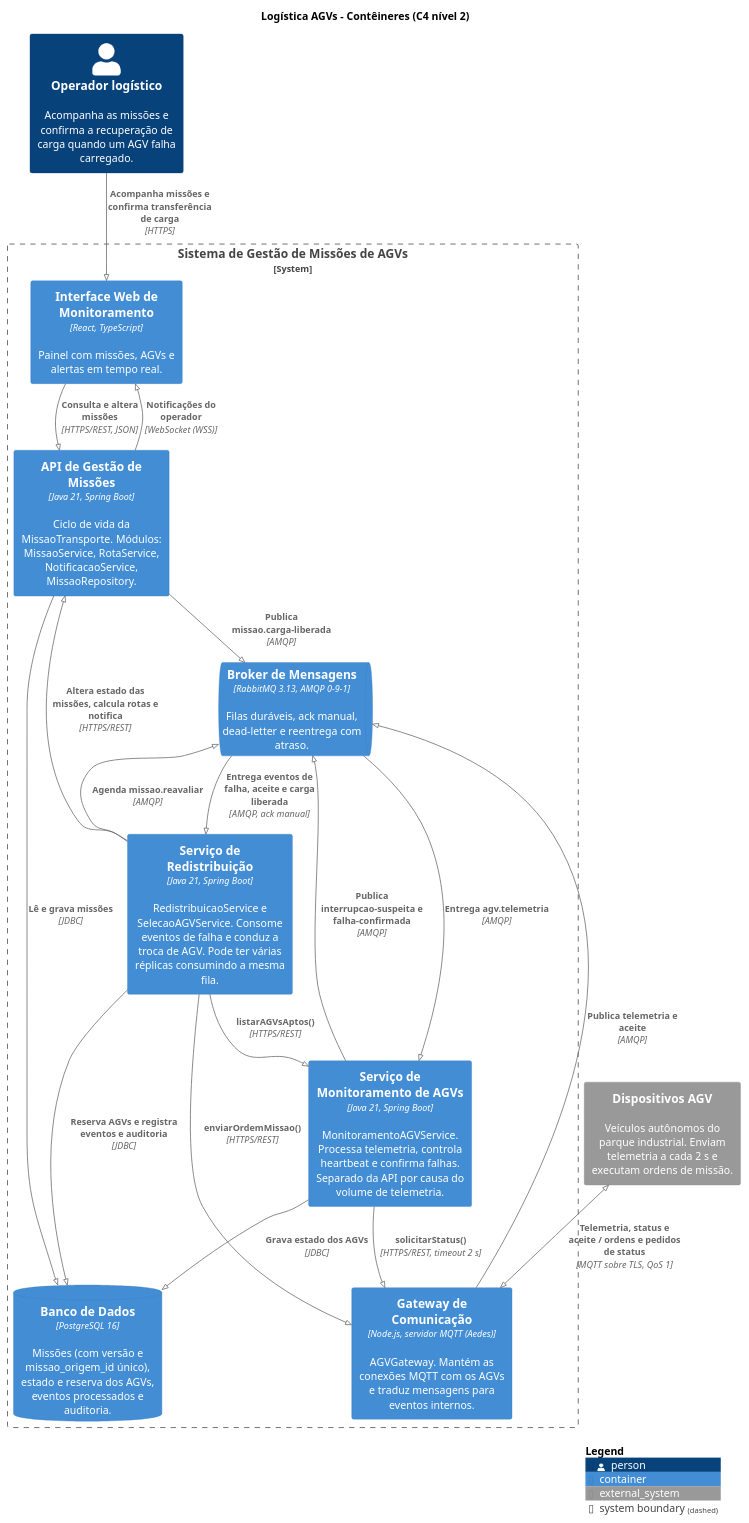
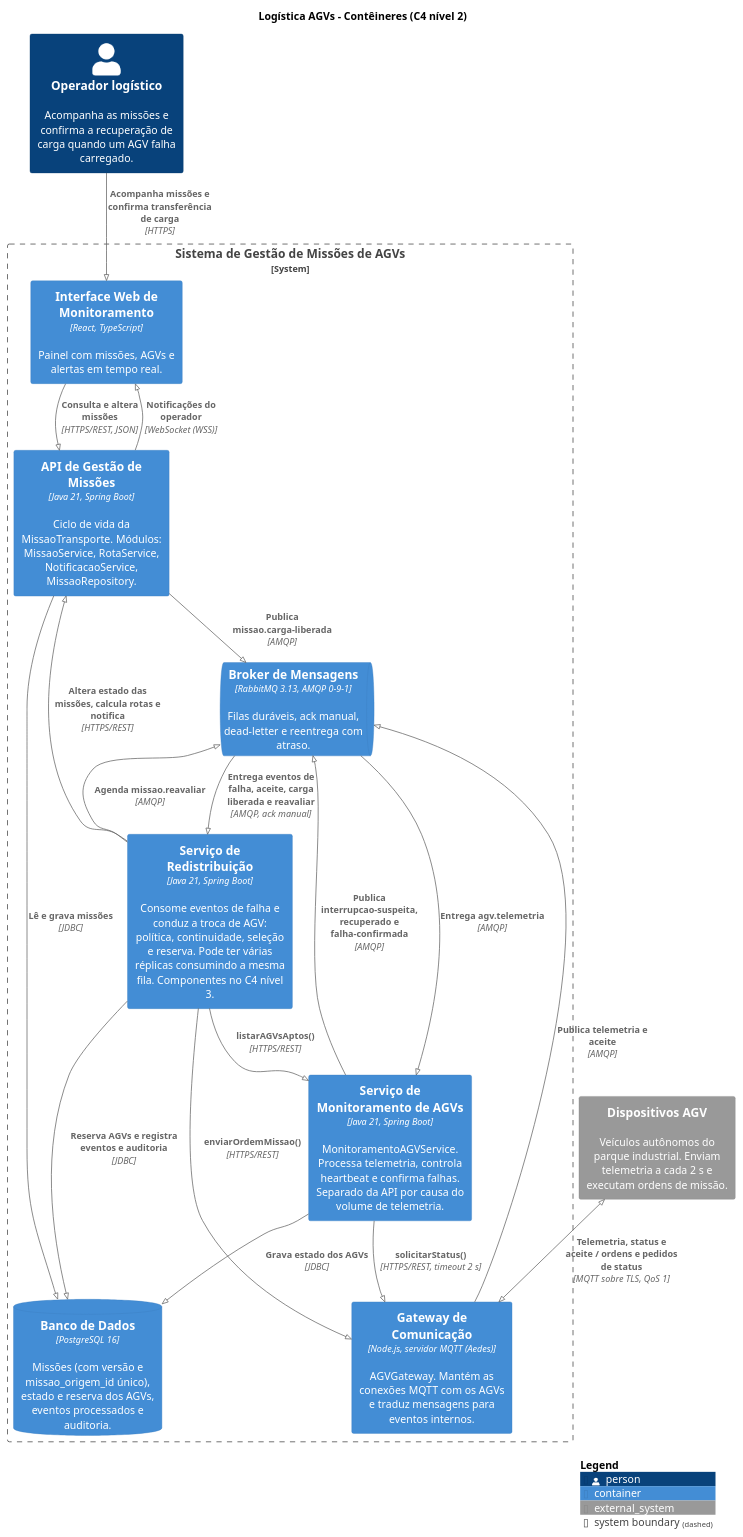
Before and after one commit to FabioRochaDev1221/Logistica-AGVs: the diagram in docs/architecture/allan/c4-containers.puml, drawn with PlantUML. The commit also changed 1 other file, not shown here.

```diff
--- a/docs/architecture/allan/c4-containers.puml
+++ b/docs/architecture/allan/c4-containers.puml
@@ -2,52 +2,52 @@
 @startuml
 !pragma layout smetana
 !include <C4/C4_Container>
 
 LAYOUT_TOP_DOWN()
 
 title Logística AGVs - Contêineres (C4 nível 2)
 
 Person(operador, "Operador logístico", "Acompanha as missões e confirma a recuperação de carga quando um AGV falha carregado.")
 
 System_Boundary(sgl, "Sistema de Gestão de Missões de AGVs") {
     Container(web, "Interface Web de Monitoramento", "React, TypeScript", "Painel com missões, AGVs e alertas em tempo real.")
 
     Container(api, "API de Gestão de Missões", "Java 21, Spring Boot", "Ciclo de vida da MissaoTransporte. Módulos: MissaoService, RotaService, NotificacaoService, MissaoRepository.")
 
     Container(monitor, "Serviço de Monitoramento de AGVs", "Java 21, Spring Boot", "MonitoramentoAGVService. Processa telemetria, controla heartbeat e confirma falhas. Separado da API por causa do volume de telemetria.")
 
-    Container(redist, "Serviço de Redistribuição", "Java 21, Spring Boot", "RedistribuicaoService e SelecaoAGVService. Consome eventos de falha e conduz a troca de AGV. Pode ter várias réplicas consumindo a mesma fila.")
+    Container(redist, "Serviço de Redistribuição", "Java 21, Spring Boot", "Consome eventos de falha e conduz a troca de AGV: política, continuidade, seleção e reserva. Pode ter várias réplicas consumindo a mesma fila. Componentes no C4 nível 3.")
 
     Container(gateway, "Gateway de Comunicação", "Node.js, servidor MQTT (Aedes)", "AGVGateway. Mantém as conexões MQTT com os AGVs e traduz mensagens para eventos internos.")
 
     ContainerQueue(broker, "Broker de Mensagens", "RabbitMQ 3.13, AMQP 0-9-1", "Filas duráveis, ack manual, dead-letter e reentrega com atraso.")
 
     ContainerDb(db, "Banco de Dados", "PostgreSQL 16", "Missões (com versão e missao_origem_id único), estado e reserva dos AGVs, eventos processados e auditoria.")
 }
 
 System_Ext(agvs, "Dispositivos AGV", "Veículos autônomos do parque industrial. Enviam telemetria a cada 2 s e executam ordens de missão.")
 
 Rel(operador, web, "Acompanha missões e confirma transferência de carga", "HTTPS")
 Rel(web, api, "Consulta e altera missões", "HTTPS/REST, JSON")
 Rel_Back(web, api, "Notificações do operador", "WebSocket (WSS)")
 
 BiRel(agvs, gateway, "Telemetria, status e aceite / ordens e pedidos de status", "MQTT sobre TLS, QoS 1")
 Rel(gateway, broker, "Publica telemetria e aceite", "AMQP")
 
 Rel(broker, monitor, "Entrega agv.telemetria", "AMQP")
-Rel(monitor, broker, "Publica interrupcao-suspeita e falha-confirmada", "AMQP")
+Rel(monitor, broker, "Publica interrupcao-suspeita, recuperado e falha-confirmada", "AMQP")
 Rel(monitor, gateway, "solicitarStatus()", "HTTPS/REST, timeout 2 s")
 
-Rel(broker, redist, "Entrega eventos de falha, aceite e carga liberada", "AMQP, ack manual")
+Rel(broker, redist, "Entrega eventos de falha, aceite, carga liberada e reavaliar", "AMQP, ack manual")
 Rel(redist, broker, "Agenda missao.reavaliar", "AMQP")
 Rel(redist, api, "Altera estado das missões, calcula rotas e notifica", "HTTPS/REST")
 Rel(redist, monitor, "listarAGVsAptos()", "HTTPS/REST")
 Rel(redist, gateway, "enviarOrdemMissao()", "HTTPS/REST")
 Rel(api, broker, "Publica missao.carga-liberada", "AMQP")
 
 Rel(api, db, "Lê e grava missões", "JDBC")
 Rel(monitor, db, "Grava estado dos AGVs", "JDBC")
 Rel(redist, db, "Reserva AGVs e registra eventos e auditoria", "JDBC")
 
 SHOW_LEGEND()
 @enduml
```
